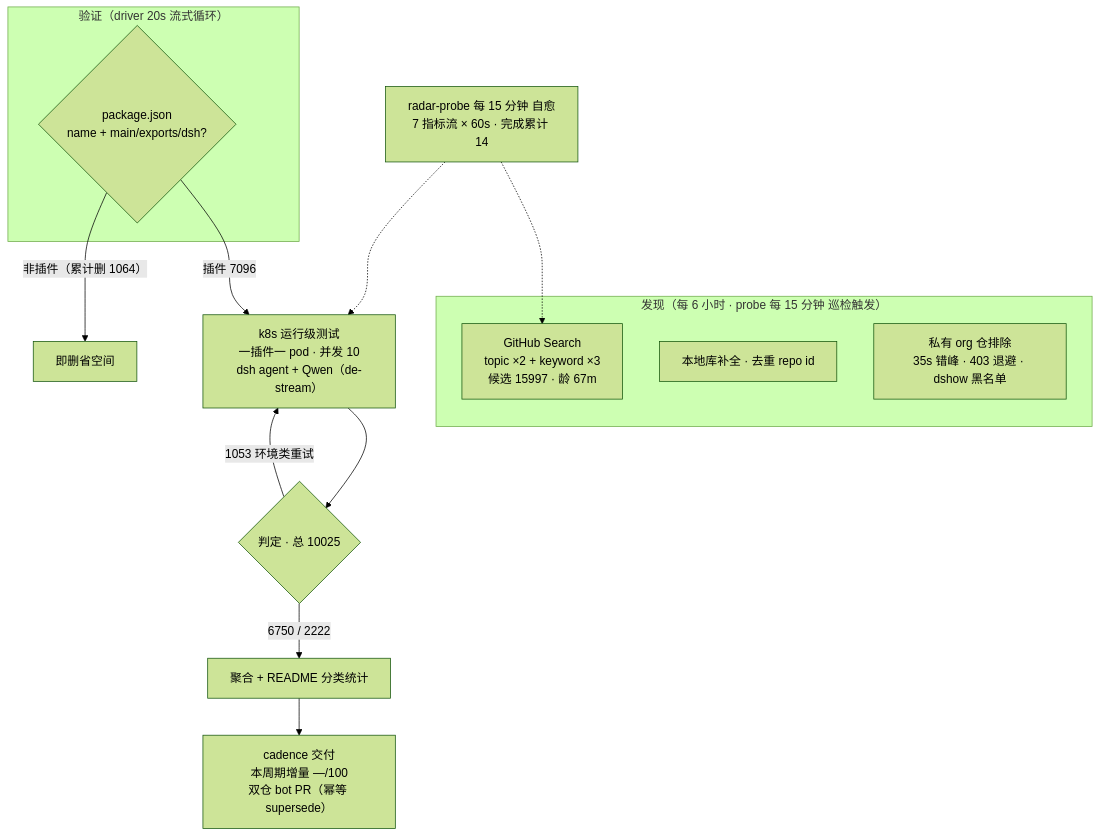
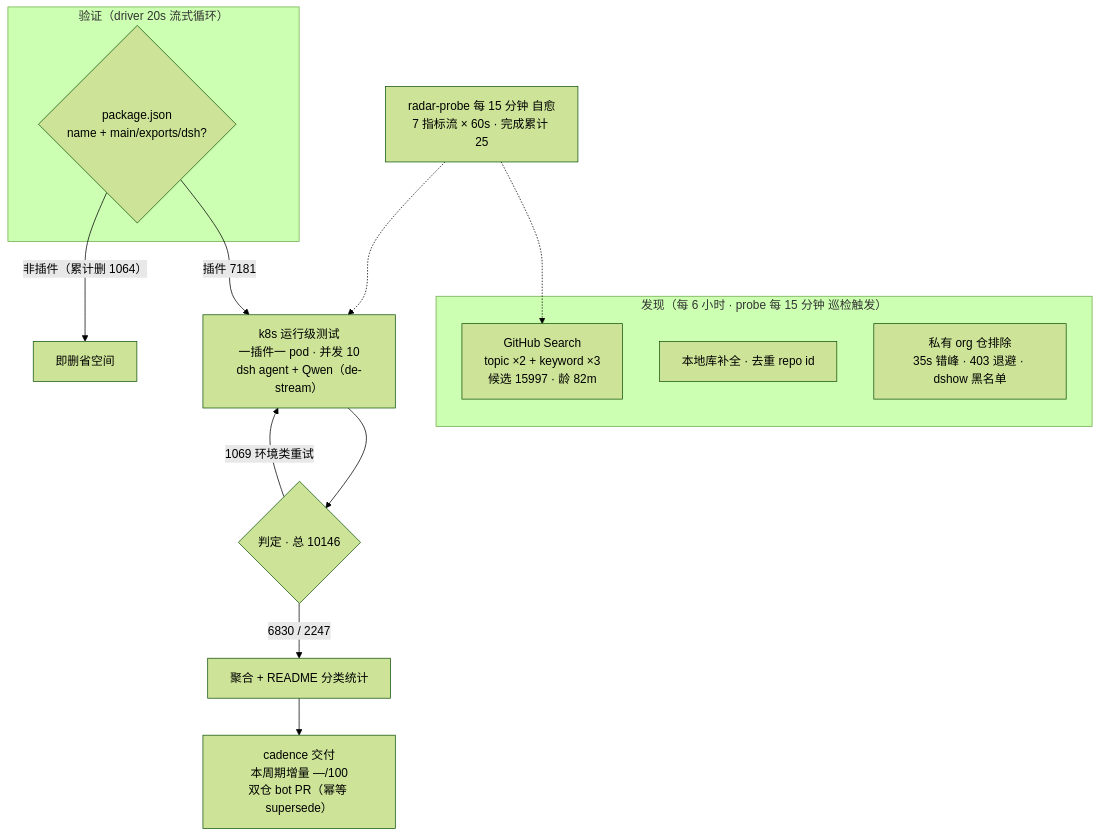
The diagram in README.md (Zhidao-Lab-OSS/awesome-dsh-plugins), drawn with Mermaid (forest theme) before and after one commit. The commit also changed other lines of this file and 1 other file, not shown here.

````diff
--- a/README.md
+++ b/README.md
@@ -37,20 +37,20 @@
 ```mermaid
 flowchart TB
     subgraph Discovery["发现（每 6 小时 · probe 每 15 分钟 巡检触发）"]
-        A1["GitHub Search<br/>topic ×2 + keyword ×3<br/>候选 15997 · 龄 67m"]
+        A1["GitHub Search<br/>topic ×2 + keyword ×3<br/>候选 15997 · 龄 82m"]
         A2["本地库补全 · 去重 repo id"]
         A3["私有 org 仓排除<br/>35s 错峰 · 403 退避 · dshow 黑名单"]
     end
     subgraph Validation["验证（driver 20s 流式循环）"]
         B1{"package.json<br/>name + main/exports/dsh?"}
     end
-    B1 -->|"插件 7096"| C1["k8s 运行级测试<br/>一插件一 pod · 并发 10<br/>dsh agent + Qwen（de-stream）"]
+    B1 -->|"插件 7181"| C1["k8s 运行级测试<br/>一插件一 pod · 并发 10<br/>dsh agent + Qwen（de-stream）"]
     B1 -->|"非插件（累计删 1064）"| B3["即删省空间"]
-    C1 --> D1{"判定 · 总 10025"}
-    D1 -->|"6750 / 2222"| E1["聚合 + README 分类统计"]
-    D1 -->|"1053 环境类重试"| C1
+    C1 --> D1{"判定 · 总 10146"}
+    D1 -->|"6830 / 2247"| E1["聚合 + README 分类统计"]
+    D1 -->|"1069 环境类重试"| C1
     E1 --> E2["cadence 交付<br/>本周期增量 —/100<br/>双仓 bot PR（幂等 supersede）"]
-    M["radar-probe 每 15 分钟 自愈<br/>7 指标流 × 60s · 完成累计 14"]
+    M["radar-probe 每 15 分钟 自愈<br/>7 指标流 × 60s · 完成累计 25"]
     M -.-> A1
     M -.-> C1
 ```
````
